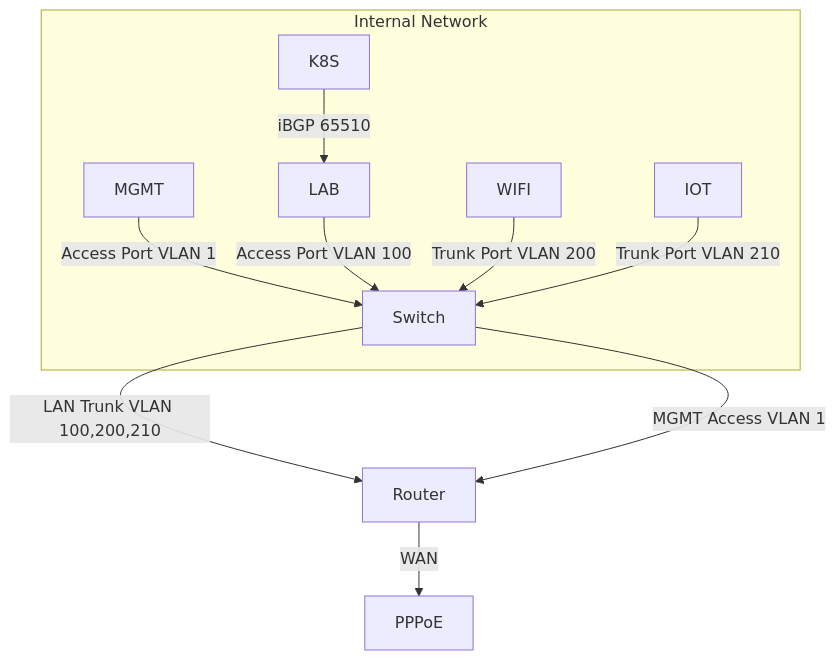
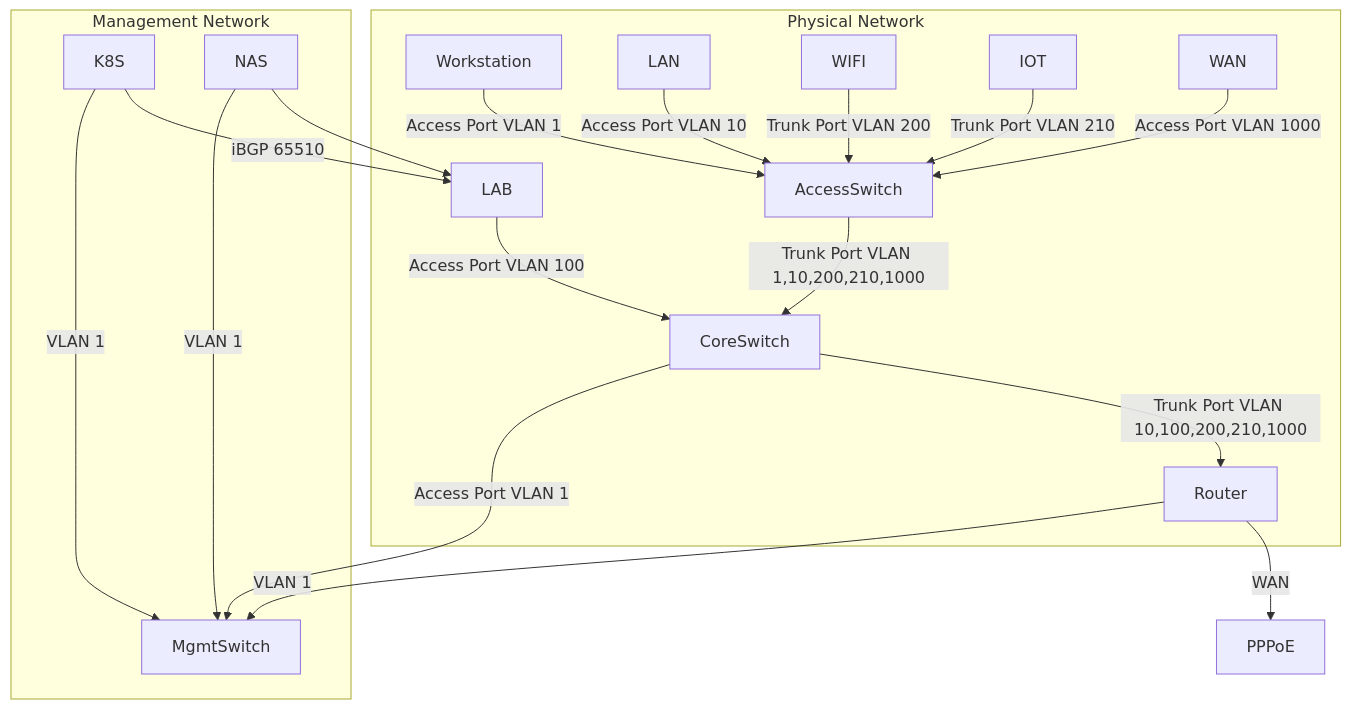
Before and after one commit to soulwhisper/homelab-ops: the diagram in infrastructure/switch/README.md, drawn with Mermaid. The commit also changed 7 other files, not shown here.

````diff
--- a/infrastructure/switch/README.md
+++ b/infrastructure/switch/README.md
@@ -3,13 +3,22 @@
 ```mermaid
 graph TD
   Router -->|WAN| PPPoE
-  Switch -->|LAN Trunk VLAN 100,200,210| Router
-  Switch -->|MGMT Access VLAN 1| Router
-  subgraph Internal Network
-	MGMT -->|Access Port VLAN 1| Switch
-	LAB -->|Access Port VLAN 100| Switch
-	WIFI -->|Trunk Port VLAN 200| Switch
-	IOT -->|Trunk Port VLAN 210| Switch
-	K8S -->|iBGP 65510| LAB
+  K8S -->|iBGP 65510| LAB
+  NAS --> LAB
+  subgraph Physical Network
+	Workstation -->|Access Port VLAN 1| AccessSwitch
+	LAN -->|Access Port VLAN 10| AccessSwitch
+	WIFI -->|Trunk Port VLAN 200| AccessSwitch
+	IOT -->|Trunk Port VLAN 210| AccessSwitch
+    WAN -->|Access Port VLAN 1000| AccessSwitch
+	LAB -->|Access Port VLAN 100| CoreSwitch
+	AccessSwitch -->|Trunk Port VLAN 1,10,200,210,1000| CoreSwitch
+	CoreSwitch -->|Trunk Port VLAN 10,100,200,210,1000| Router
+  end
+  subgraph Management Network
+	CoreSwitch -->|Access Port VLAN 1| MgmtSwitch
+	Router -->|VLAN 1| MgmtSwitch
+	K8S -->|VLAN 1| MgmtSwitch
+	NAS -->|VLAN 1| MgmtSwitch
   end
 ```
````
